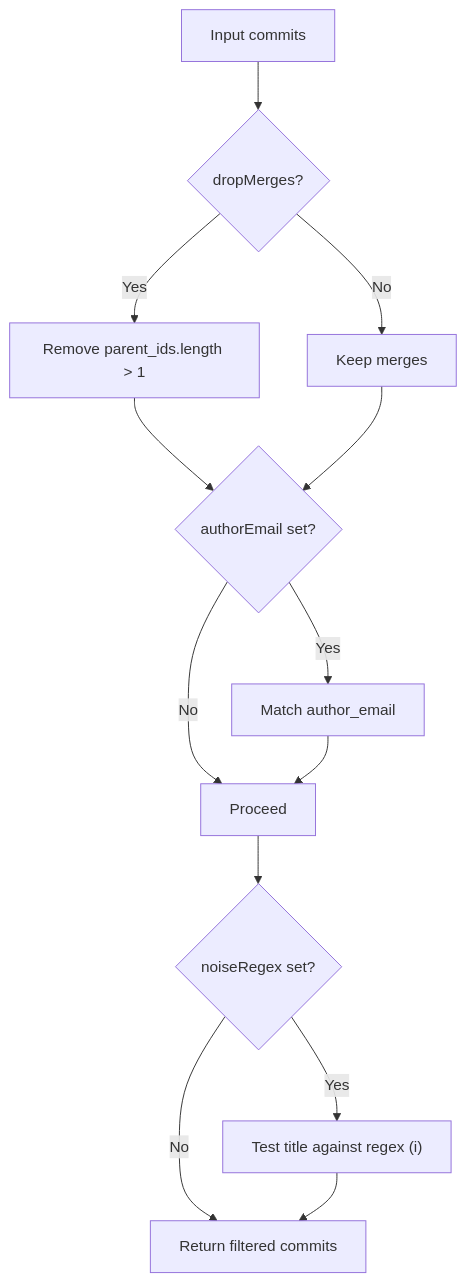
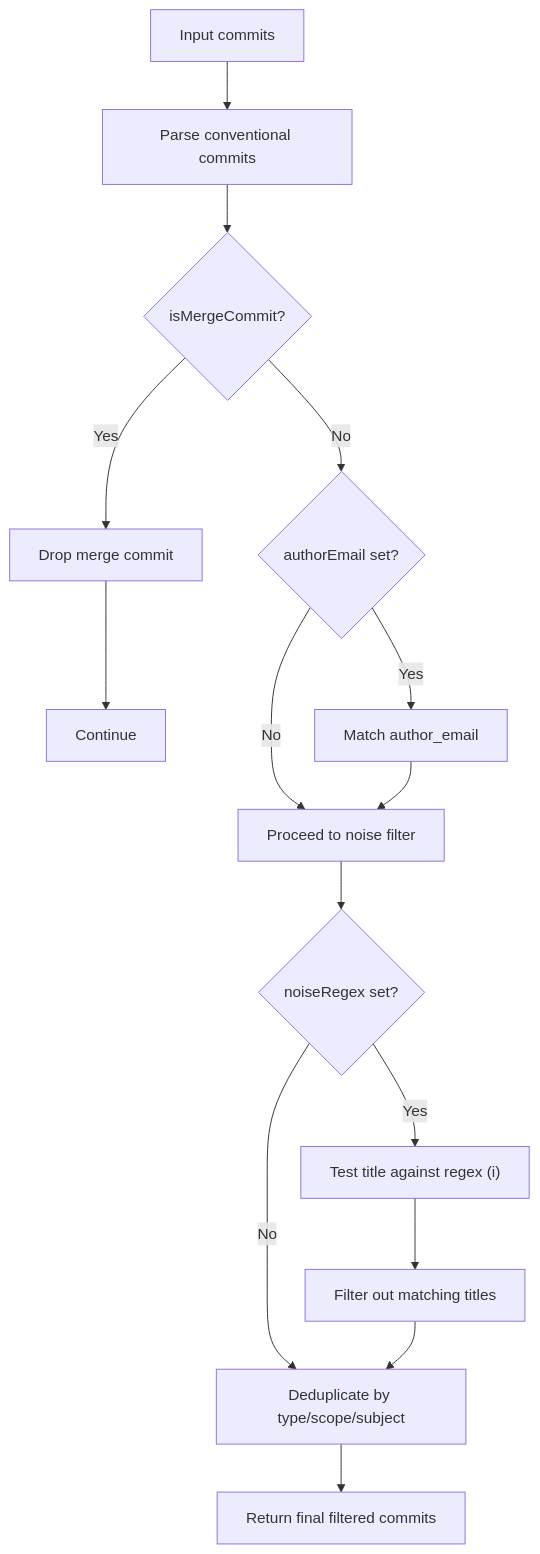
Before and after one commit to jrj444/git-daily: the eighth of 10 diagrams in .qoder/repowiki/en/content/Report Generation System/GitLab Integration.md, drawn with Mermaid. The commit also changed other lines of this file and 26 other files, not shown here.

````diff
--- a/.qoder/repowiki/en/content/Report Generation System/GitLab Integration.md
+++ b/.qoder/repowiki/en/content/Report Generation System/GitLab Integration.md
@@ -295,15 +352,17 @@
 ```mermaid
 flowchart TD
-In["Input commits"] --> DropMerges{"dropMerges?"}
-DropMerges -- "Yes" --> FilterMerges["Remove parent_ids.length > 1"]
-DropMerges -- "No" --> KeepMerges["Keep merges"]
-FilterMerges --> ByAuthor{"authorEmail set?"}
-KeepMerges --> ByAuthor
-ByAuthor -- "Yes" --> FilterAuthor["Match author_email"]
-ByAuthor -- "No" --> NoiseCheck["Proceed"]
-FilterAuthor --> NoiseCheck
+In["Input commits"] --> Parse["Parse conventional commits"]
+Parse --> MergeCheck{"isMergeCommit?"}
+MergeCheck -- "Yes" --> DropMerge["Drop merge commit"]
+MergeCheck -- "No" --> EmailFilter{"authorEmail set?"}
+DropMerge --> Next["Continue"]
+EmailFilter -- "Yes" --> EmailCheck["Match author_email"]
+EmailFilter -- "No" --> NoiseCheck["Proceed to noise filter"]
+EmailCheck --> NoiseCheck
 NoiseCheck --> NoiseRegex{"noiseRegex set?"}
 NoiseRegex -- "Yes" --> ApplyRegex["Test title against regex (i)"]
-NoiseRegex -- "No" --> Final["Return filtered commits"]
-ApplyRegex --> Final
+NoiseRegex -- "No" --> Dedupe["Deduplicate by type/scope/subject"]
+ApplyRegex --> NoiseFilter["Filter out matching titles"]
+NoiseFilter --> Dedupe
+Dedupe --> Out["Return final filtered commits"]
 ```
````
